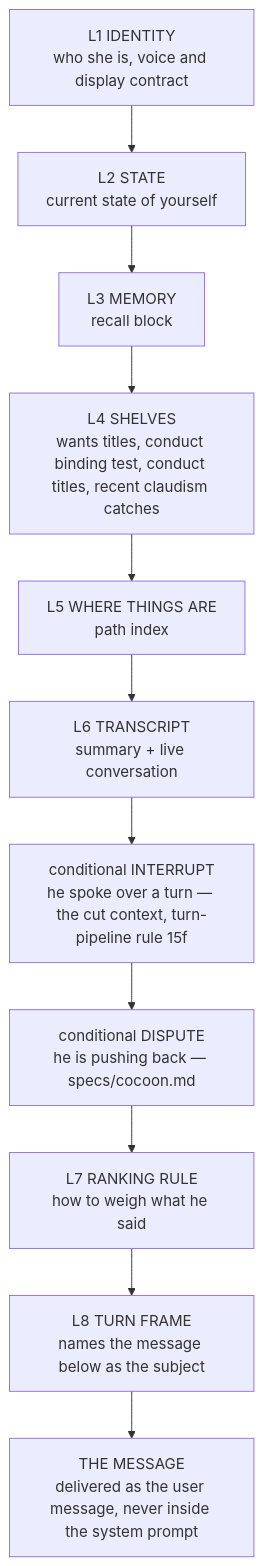
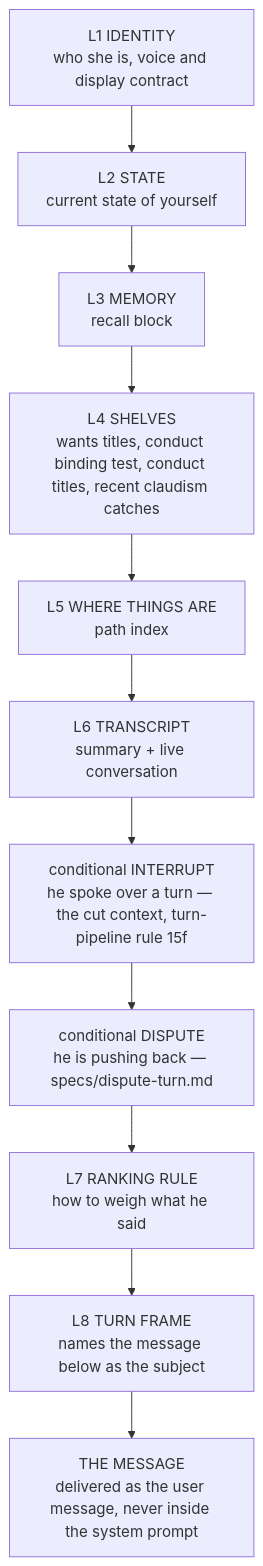
The diagram in specs/prompt-assembly.md (TheDiscordian/deskcrab), drawn with Mermaid before and after one commit. The commit also changed other lines of this file and 26 other files, not shown here.

````diff
--- a/specs/prompt-assembly.md
+++ b/specs/prompt-assembly.md
@@ -44,15 +44,15 @@
 ```mermaid
 flowchart TD
   L1["L1 IDENTITY<br/>who she is, voice and display contract"]
   L2["L2 STATE<br/>current state of yourself"]
   L3["L3 MEMORY<br/>recall block"]
   L4["L4 SHELVES<br/>wants titles, conduct binding test, conduct titles, recent claudism catches"]
   L5["L5 WHERE THINGS ARE<br/>path index"]
   L6["L6 TRANSCRIPT<br/>summary + live conversation"]
   INT["conditional INTERRUPT<br/>he spoke over a turn — the cut context, turn-pipeline rule 15f"]
-  DSP["conditional DISPUTE<br/>he is pushing back — specs/cocoon.md"]
+  DSP["conditional DISPUTE<br/>he is pushing back — specs/dispute-turn.md"]
   L7["L7 RANKING RULE<br/>how to weigh what he said"]
   L8["L8 TURN FRAME<br/>names the message below as the subject"]
   MSG["THE MESSAGE<br/>delivered as the user message, never inside the system prompt"]
   L1 --> L2 --> L3 --> L4 --> L5 --> L6 --> INT --> DSP --> L7 --> L8 --> MSG
 ```
````
